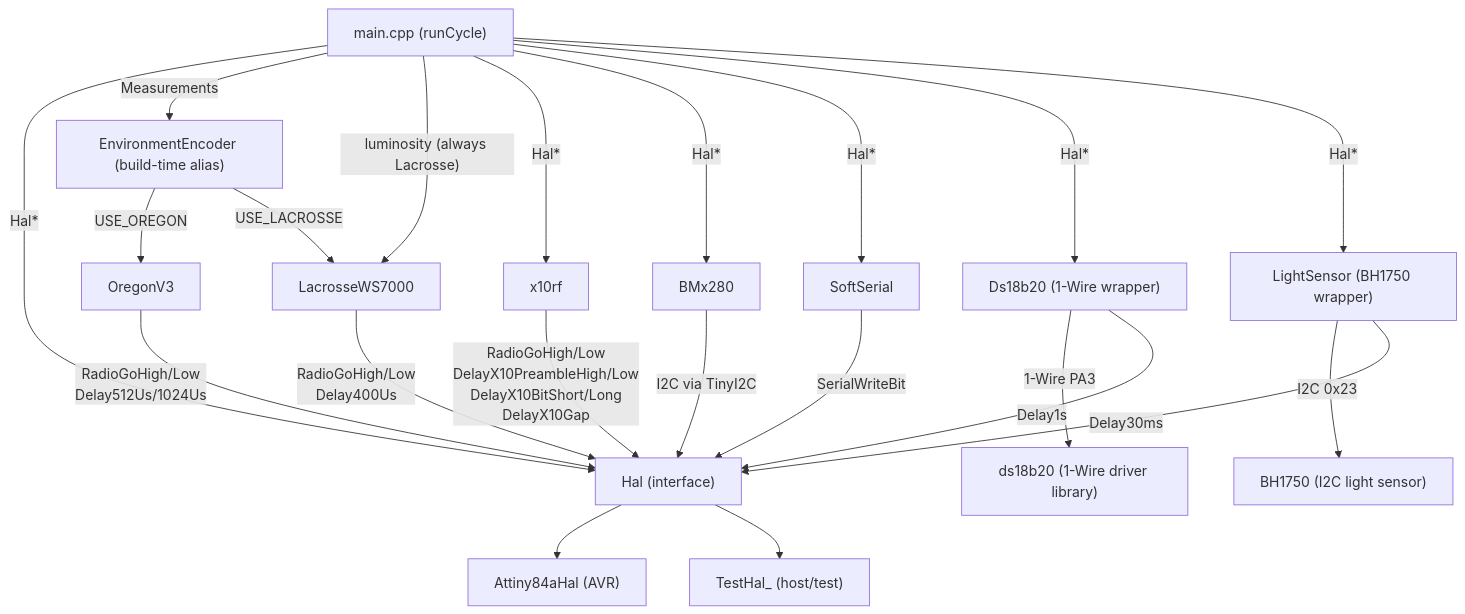
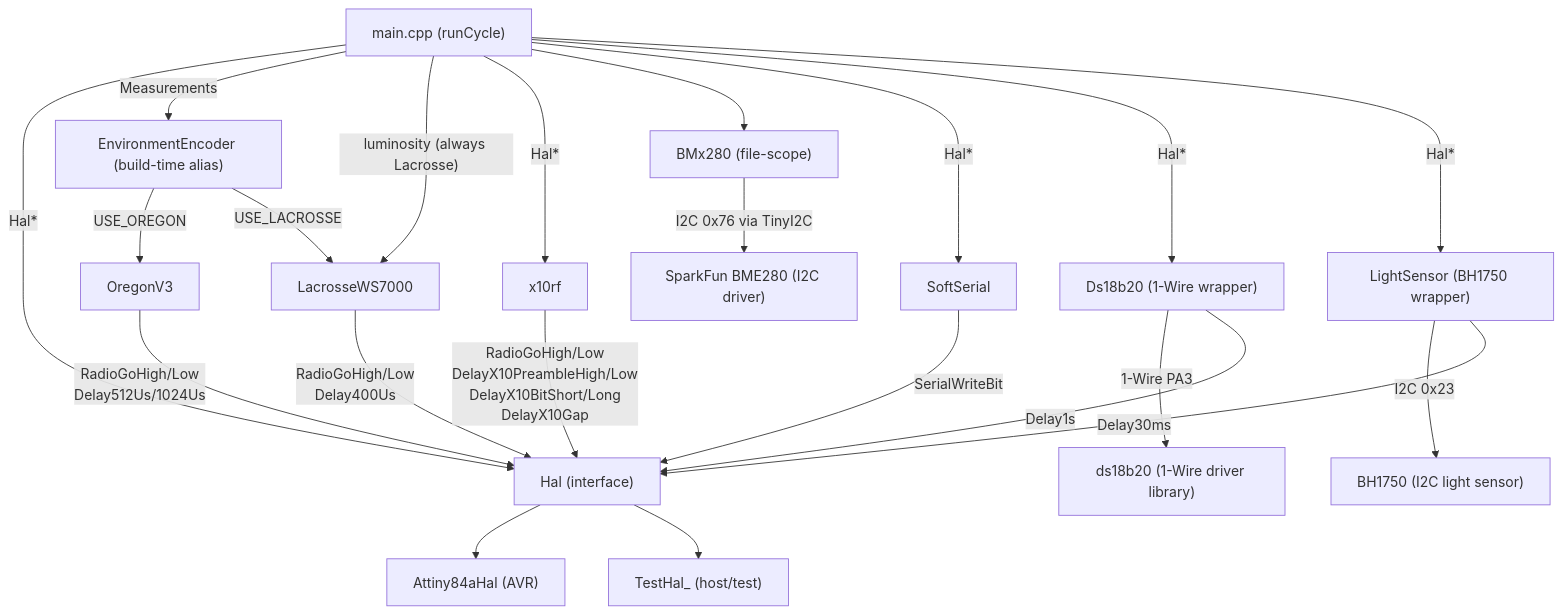
One commit to arcadien/tinySensor changed the diagram in docs/architecture.md. Above: the diagram before and after it, drawn with Mermaid. The commit also changed other lines of this file, not shown here.

Commit message:
arch(TECH-HAL-001): BMx280 takes no Hal* and is a file-scope object

````diff
--- a/docs/architecture.md
+++ b/docs/architecture.md
@@ -7,26 +7,26 @@
 ```mermaid
 graph TD
   main["main.cpp (runCycle)"] -->|Hal*| HAL
   main -->|"Measurements"| EnvEnc["EnvironmentEncoder (build-time alias)"]
   EnvEnc -->|"USE_OREGON"| OregonV3
   EnvEnc -->|"USE_LACROSSE"| LacrosseWS7000
   main -->|"luminosity (always Lacrosse)"| LacrosseWS7000
   main -->|Hal*| x10rf
-  main -->|Hal*| BMx280
+  main --> BMx280["BMx280 (file-scope)"]
   main -->|Hal*| SoftSerial
   main -->|Hal*| Ds18b20["Ds18b20 (1-Wire wrapper)"]
   Ds18b20 -->|"1-Wire PA3"| ds18b20["ds18b20 (1-Wire driver library)"]
   main -->|Hal*| LightSensor["LightSensor (BH1750 wrapper)"]
   LightSensor -->|"I2C 0x23"| BH1750["BH1750 (I2C light sensor)"]
   LightSensor -->|Delay30ms| HAL
 
   HAL["Hal (interface)"] --> Attiny84aHal["Attiny84aHal (AVR)"]
   HAL --> TestHal["TestHal_ (host/test)"]
 
   OregonV3 -->|RadioGoHigh/Low\nDelay512Us/1024Us| HAL
   LacrosseWS7000 -->|RadioGoHigh/Low\nDelay400Us| HAL
   x10rf -->|"RadioGoHigh/Low\nDelayX10PreambleHigh/Low\nDelayX10BitShort/Long\nDelayX10Gap"| HAL
   SoftSerial -->|SerialWriteBit| HAL
-  BMx280 -->|I2C via TinyI2C| HAL
+  BMx280 -->|"I2C 0x76 via TinyI2C"| BME280["SparkFun BME280 (I2C driver)"]
   Ds18b20 -->|Delay1s| HAL
 ```
````
